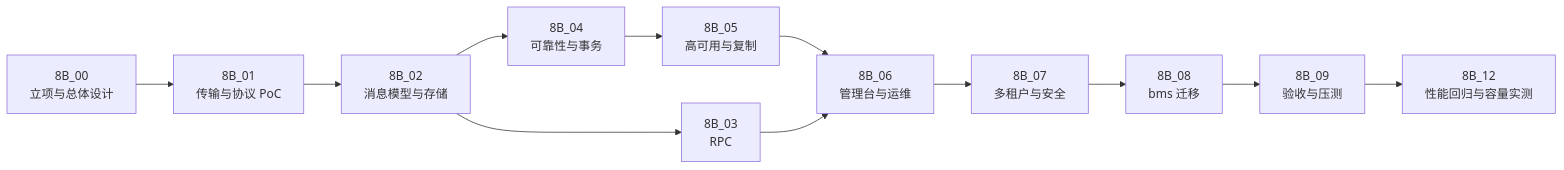
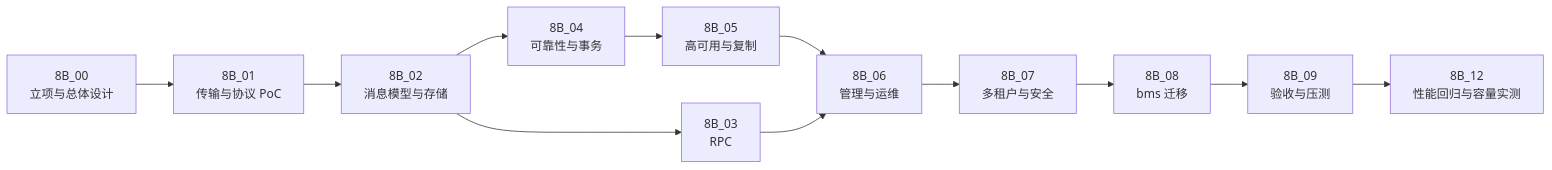
Before and after one commit to minjian123/message-platform: the diagram in msg文档/规划/01_规划_消息平台.md, drawn with Mermaid. The commit also changed other lines of this file and 54 other files, not shown here.

````diff
--- a/msg文档/规划/01_规划_消息平台.md
+++ b/msg文档/规划/01_规划_消息平台.md
@@ -112,14 +112,14 @@
 ```mermaid
 flowchart LR
     A["8B_00<br/>立项与总体设计"] --> B["8B_01<br/>传输与协议 PoC"]
     B --> C["8B_02<br/>消息模型与存储"]
     C --> D["8B_03<br/>RPC"]
     C --> E["8B_04<br/>可靠性与事务"]
     E --> F["8B_05<br/>高可用与复制"]
-    F --> G["8B_06<br/>管理台与运维"]
+    F --> G["8B_06<br/>管理与运维"]
     D --> G
     G --> H["8B_07<br/>多租户与安全"]
     H --> I["8B_08<br/>bms 迁移"]
     I --> J["8B_09<br/>验收与压测"]
     J --> K["8B_12<br/>性能回归与容量实测"]
 ```
````
